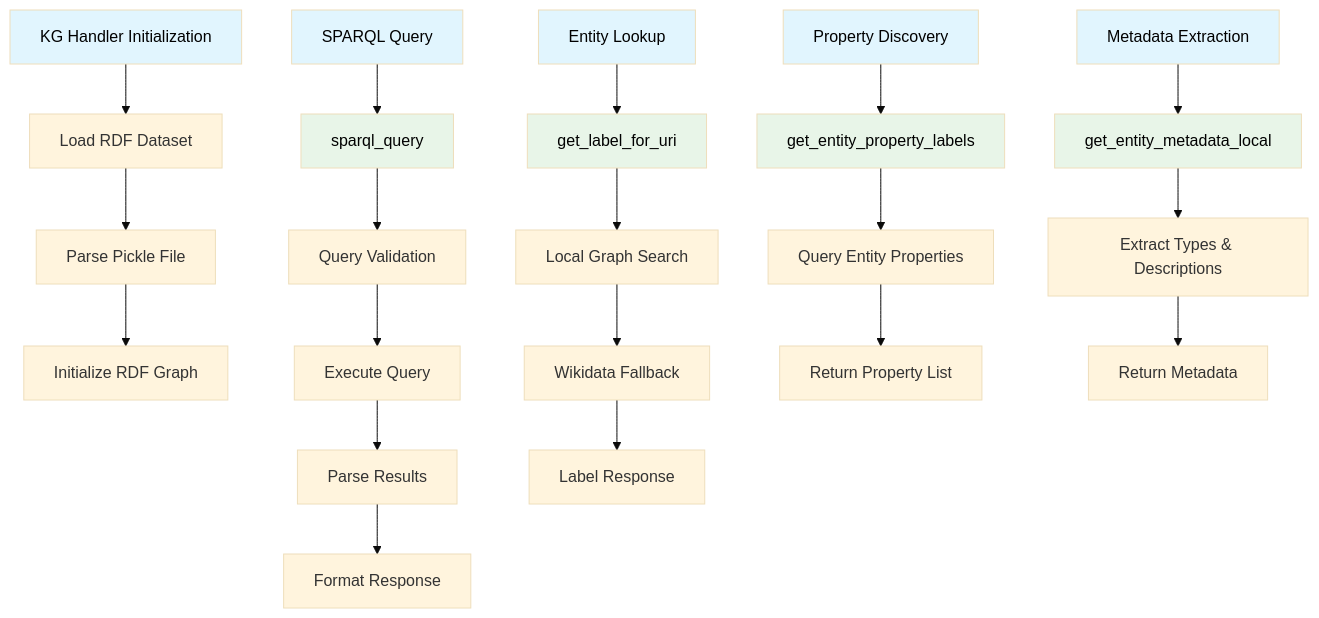
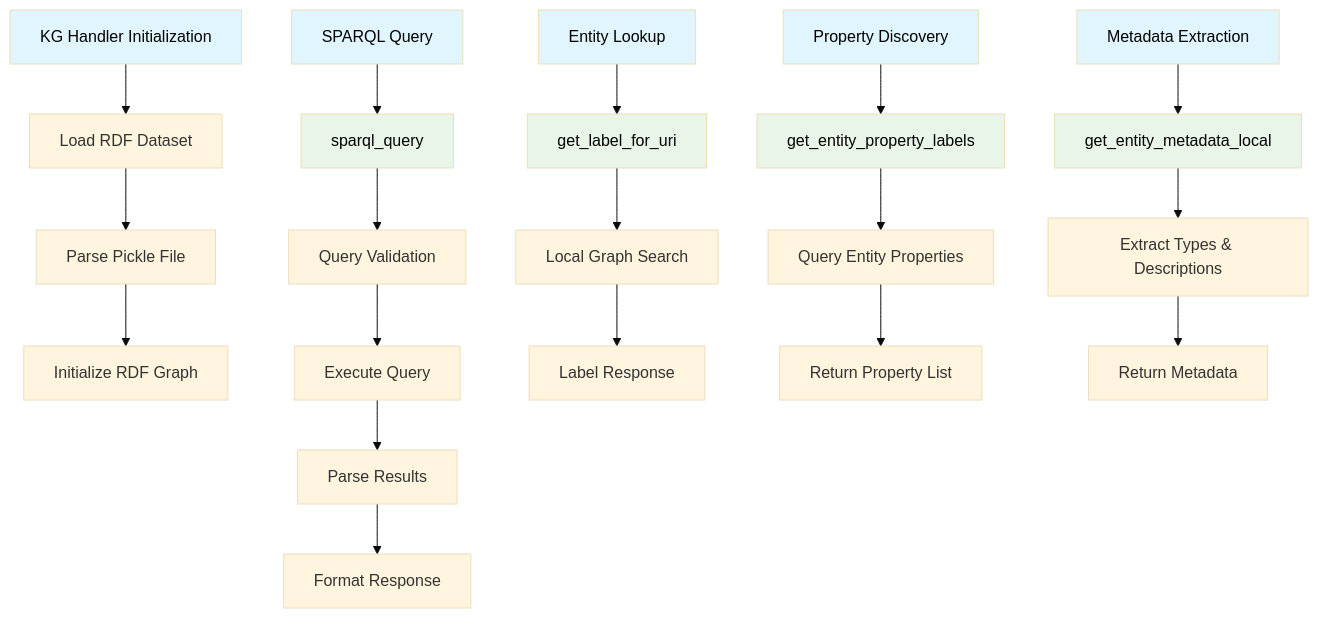
Before and after one commit to schneialexan/atai-chatbot: the third of 8 diagrams in README.md, drawn with Mermaid (base theme). The commit also changed other lines of this file and 10 other files, not shown here.

````diff
--- a/README.md
+++ b/README.md
@@ -243,35 +289,34 @@
 ```mermaid
 graph TD
     A[KG Handler Initialization] --> B[Load RDF Dataset]
     B --> C[Parse Pickle File]
     C --> D[Initialize RDF Graph]
     
     E[SPARQL Query] --> F[sparql_query]
     F --> G[Query Validation]
     G --> H[Execute Query]
     H --> I[Parse Results]
     I --> J[Format Response]
     
     K[Entity Lookup] --> L[get_label_for_uri]
     L --> M[Local Graph Search]
-    M --> N[Wikidata Fallback]
-    N --> O[Label Response]
+    M --> O[Label Response]
     
     P[Property Discovery] --> Q[get_entity_property_labels]
     Q --> R[Query Entity Properties]
     R --> S[Return Property List]
     
     T[Metadata Extraction] --> U[get_entity_metadata_local]
     U --> V[Extract Types & Descriptions]
     V --> W[Return Metadata]
     
     style A fill:#e1f5fe,color:#000000
     style E fill:#e1f5fe,color:#000000
     style K fill:#e1f5fe,color:#000000
     style P fill:#e1f5fe,color:#000000
     style T fill:#e1f5fe,color:#000000
     style F fill:#e8f5e8,color:#000000
     style L fill:#e8f5e8,color:#000000
     style Q fill:#e8f5e8,color:#000000
     style U fill:#e8f5e8,color:#000000
 ```
````
